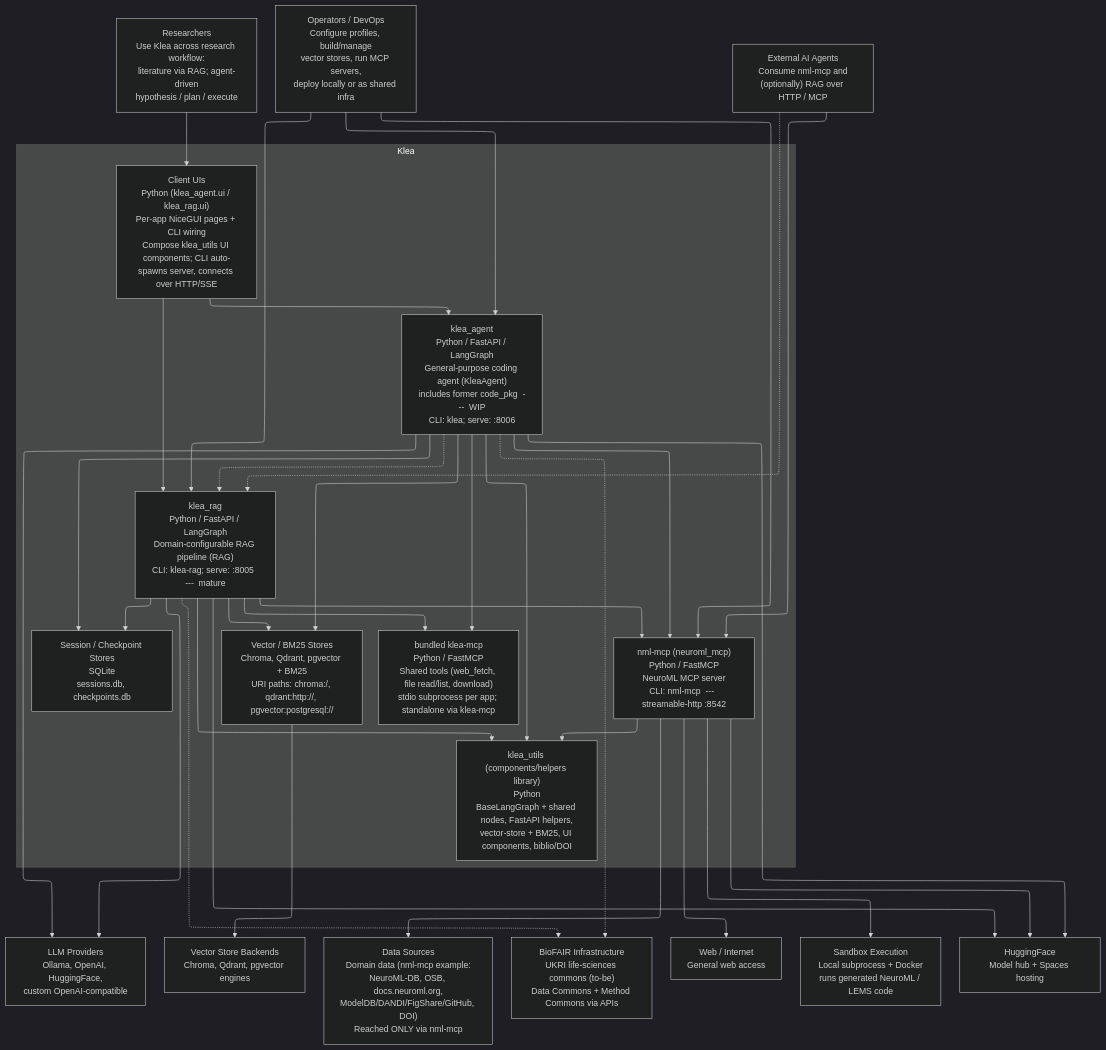
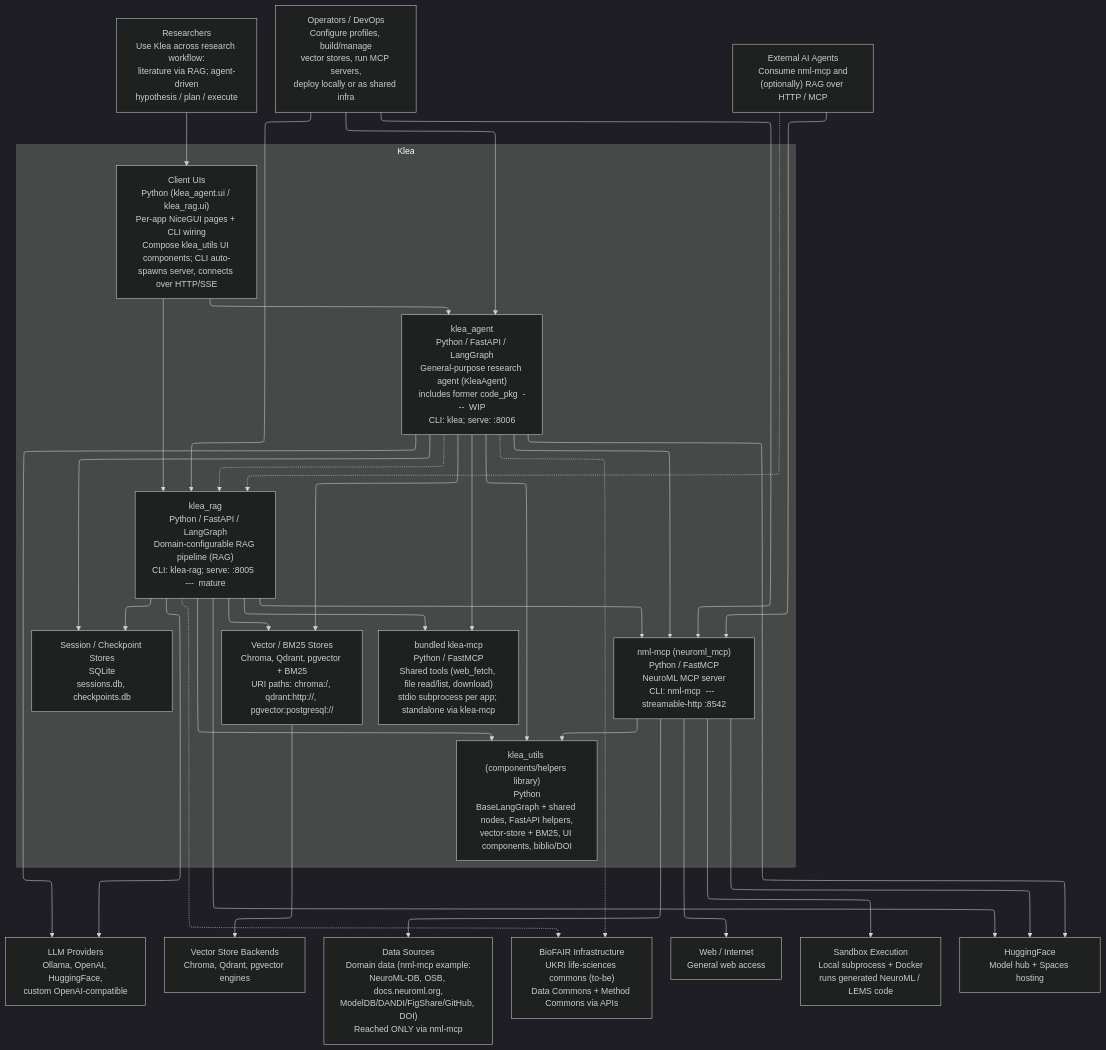
Before and after one commit to NeuroML/klea: the diagram in devdocs/system/c4-container.md, drawn with Mermaid (dark theme). The commit also changed other lines of this file and 9 other files, not shown here.

````diff
--- a/devdocs/system/c4-container.md
+++ b/devdocs/system/c4-container.md
@@ -32,71 +32,71 @@
 ```mermaid
 ---
 config:
   layout: elk
   elk:
     mergeEdges: false
     nodeSpacing: 40
     rankSpacing: 60
 ---
 flowchart TB
 
     %% Persons
     researcher["Researchers<br/>Use Klea across research workflow:<br/>literature via RAG; agent-driven<br/>hypothesis / plan / execute"]
     devops["Operators / DevOps<br/>Configure profiles, build/manage<br/>vector stores, run MCP servers,<br/>deploy locally or as shared infra"]
     extagent["External AI Agents<br/>Consume nml-mcp and<br/>(optionally) RAG over HTTP / MCP"]
 
     %% Klea boundary
     subgraph Klea [Klea]
         direction TB
         ui["Client UIs<br/>Python (klea_agent.ui / klea_rag.ui)<br/>Per-app NiceGUI pages + CLI wiring<br/>Compose klea_utils UI components; CLI auto-spawns server, connects over HTTP/SSE"]
-        agent["klea_agent<br/>Python / FastAPI / LangGraph<br/>General-purpose coding agent (KleaAgent)<br/>includes former code_pkg  ---  WIP<br/>CLI: klea; serve: :8006"]
+        agent["klea_agent<br/>Python / FastAPI / LangGraph<br/>General-purpose research agent (KleaAgent)<br/>includes former code_pkg  ---  WIP<br/>CLI: klea; serve: :8006"]
         rag["klea_rag<br/>Python / FastAPI / LangGraph<br/>Domain-configurable RAG pipeline (RAG)<br/>CLI: klea-rag; serve: :8005  ---  mature"]
         nmlmcp["nml-mcp (neuroml_mcp)<br/>Python / FastMCP<br/>NeuroML MCP server<br/>CLI: nml-mcp  ---  streamable-http :8542"]
         bundled["bundled klea-mcp<br/>Python / FastMCP<br/>Shared tools (web_fetch, file read/list, download)<br/>stdio subprocess per app; standalone via klea-mcp"]
         utils["klea_utils (components/helpers library)<br/>Python<br/>BaseLangGraph + shared nodes, FastAPI helpers,<br/>vector-store + BM25, UI components, biblio/DOI"]
         vstores["Vector / BM25 Stores<br/>Chroma, Qdrant, pgvector + BM25<br/>URI paths: chroma:/, qdrant:http://, pgvector:postgresql://"]
         sqlite["Session / Checkpoint Stores<br/>SQLite<br/>sessions.db, checkpoints.db"]
     end
 
     %% External systems
     llm["LLM Providers<br/>Ollama, OpenAI, HuggingFace,<br/>custom OpenAI-compatible"]
     vbackends["Vector Store Backends<br/>Chroma, Qdrant, pgvector engines"]
     datasources["Data Sources<br/>Domain data (nml-mcp example:<br/>NeuroML-DB, OSB, docs.neuroml.org,<br/>ModelDB/DANDI/FigShare/GitHub, DOI)<br/>Reached ONLY via nml-mcp"]
     biofair["BioFAIR Infrastructure<br/>UKRI life-sciences commons (to-be)<br/>Data Commons + Method Commons via APIs"]
     web["Web / Internet<br/>General web access"]
     sandbox["Sandbox Execution<br/>Local subprocess + Docker<br/>runs generated NeuroML / LEMS code"]
     hf["HuggingFace<br/>Model hub + Spaces hosting"]
 
     %% Core interactions
     researcher --> ui
     devops --> agent
     devops --> rag
     devops --> nmlmcp
     extagent --> nmlmcp
     extagent -.-> rag
     ui --> agent
     ui --> rag
     agent --> bundled
     rag --> bundled
     agent --> nmlmcp
     rag --> nmlmcp
     agent -.-> rag
     agent --> vstores
     rag --> vstores
     agent --> llm
     rag --> llm
     agent --> sqlite
     rag --> sqlite
     agent --> utils
     rag --> utils
     nmlmcp --> utils
     vstores --> vbackends
     nmlmcp --> datasources
     nmlmcp --> web
     nmlmcp --> sandbox
     agent -.-> biofair
     rag -.-> biofair
     agent --> hf
     rag --> hf
     nmlmcp --> hf
 ```
````
